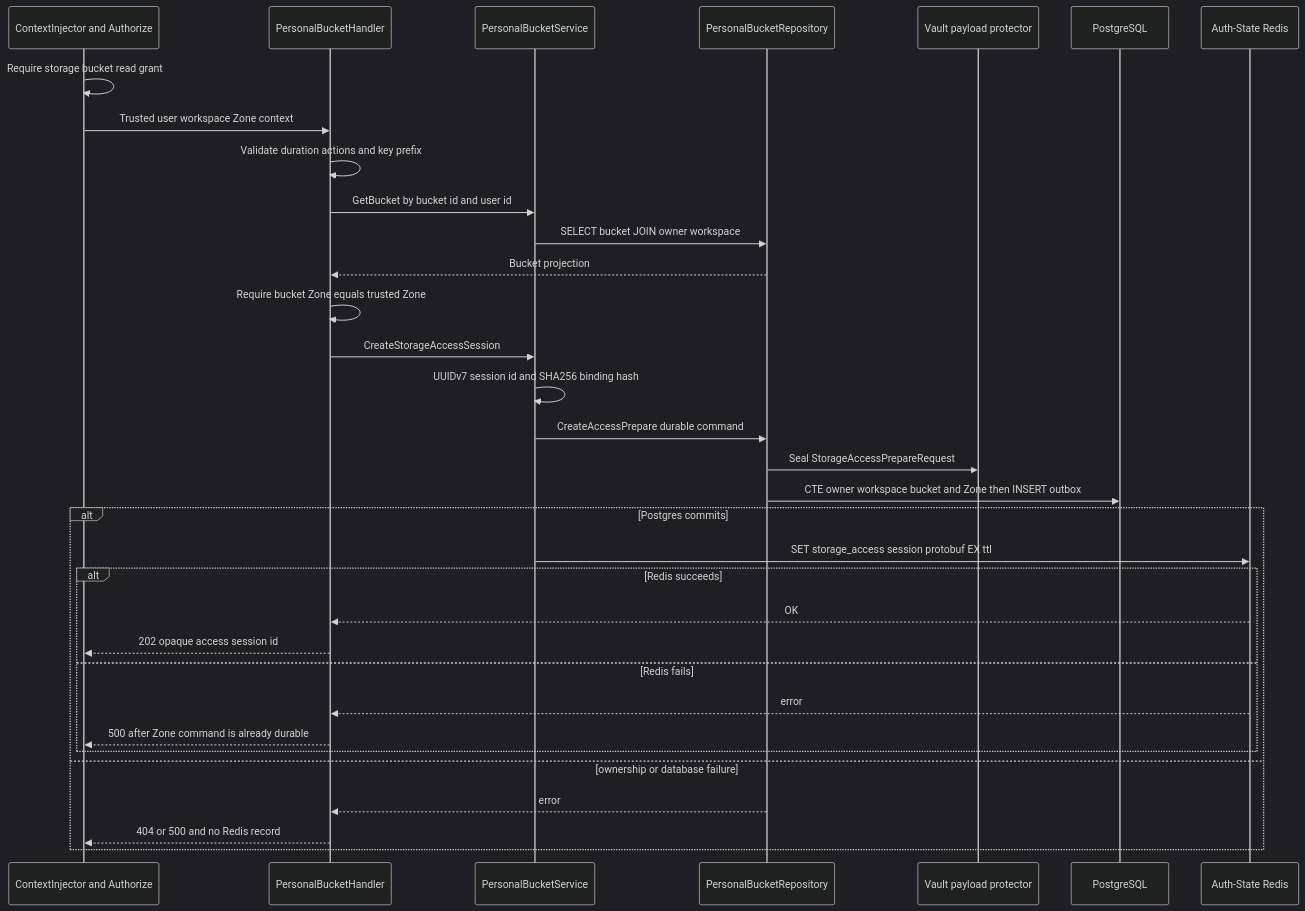
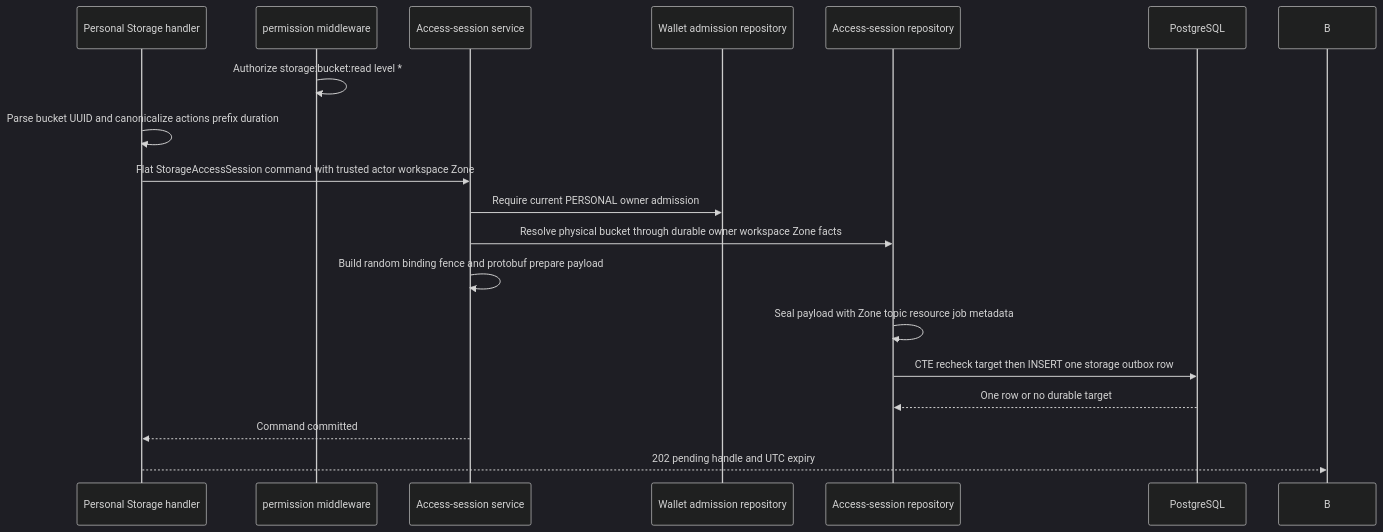
The second of 4 diagrams in god_view/storage/personal_storage_access_session_prepare_god_view_workflow.md (phucle996/aurora), drawn with Mermaid (dark theme) before and after one commit. The commit also changed other lines of this file and 131 other files, not shown here.

Commit message:
feat(storage): harden billing and admission workflows

````diff
--- a/god_view/storage/personal_storage_access_session_prepare_god_view_workflow.md
+++ b/god_view/storage/personal_storage_access_session_prepare_god_view_workflow.md
@@ -123,36 +87,21 @@
-```mermaid
+~~~mermaid
 sequenceDiagram
-    participant M as ContextInjector and Authorize
-    participant H as PersonalBucketHandler
-    participant S as PersonalBucketService
-    participant R as PersonalBucketRepository
-    participant V as Vault payload protector
-    participant PG as PostgreSQL
-    participant AR as Auth-State Redis
+    participant H as Personal Storage handler
+    participant M as permission middleware
+    participant S as Access-session service
+    participant AD as Wallet admission repository
+    participant R as Access-session repository
+    participant DB as PostgreSQL
 
-    M->>M: Require storage bucket read grant
-    M->>H: Trusted user workspace Zone context
-    H->>H: Validate duration actions and key prefix
-    H->>S: GetBucket by bucket id and user id
-    S->>R: SELECT bucket JOIN owner workspace
-    R-->>H: Bucket projection
-    H->>H: Require bucket Zone equals trusted Zone
-    H->>S: CreateStorageAccessSession
-    S->>S: UUIDv7 session id and SHA256 binding hash
-    S->>R: CreateAccessPrepare durable command
-    R->>V: Seal StorageAccessPrepareRequest
-    R->>PG: CTE owner workspace bucket and Zone then INSERT outbox
-    alt Postgres commits
-        S->>AR: SET storage_access session protobuf EX ttl
-        alt Redis succeeds
-            AR-->>H: OK
-            H-->>M: 202 opaque access session id
-        else Redis fails
-            AR-->>H: error
-            H-->>M: 500 after Zone command is already durable
-        end
-    else ownership or database failure
-        R-->>H: error
-        H-->>M: 404 or 500 and no Redis record
-    end
-```
+    M->>M: Authorize storage:bucket:read level *
+    H->>H: Parse bucket UUID and canonicalize actions prefix duration
+    H->>S: Flat StorageAccessSession command with trusted actor workspace Zone
+    S->>AD: Require current PERSONAL owner admission
+    S->>R: Resolve physical bucket through durable owner workspace Zone facts
+    S->>S: Build random binding fence and protobuf prepare payload
+    R->>R: Seal payload with Zone topic resource job metadata
+    R->>DB: CTE recheck target then INSERT one storage outbox row
+    DB-->>R: One row or no durable target
+    S-->>H: Command committed
+    H-->>B: 202 pending handle and UTC expiry
+~~~
````
